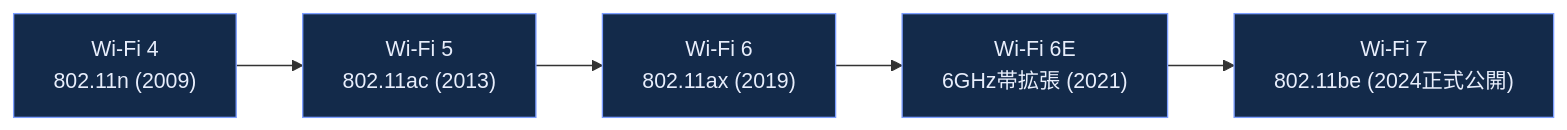
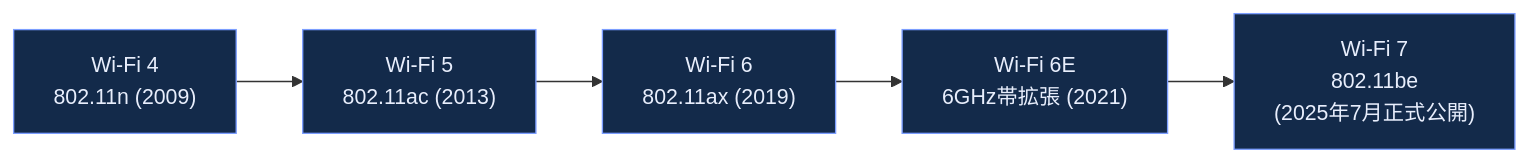
Diagram 32 of 41 in Computer-networking-topdown-guide.md (myoshi2891/Cloud-Infrastructure-Studies), drawn with Mermaid before and after one commit. The commit also changed other lines of this file, not shown here.

````diff
--- a/Computer-networking-topdown-guide.md
+++ b/Computer-networking-topdown-guide.md
@@ -866,10 +866,10 @@
 ```mermaid
 flowchart LR
     WIFI4["Wi-Fi 4<br/>802.11n (2009)"] --> WIFI5["Wi-Fi 5<br/>802.11ac (2013)"]
     WIFI5 --> WIFI6["Wi-Fi 6<br/>802.11ax (2019)"]
     WIFI6 --> WIFI6E["Wi-Fi 6E<br/>6GHz帯拡張 (2021)"]
-    WIFI6E --> WIFI7["Wi-Fi 7<br/>802.11be (2024正式公開)"]
+    WIFI6E --> WIFI7["Wi-Fi 7<br/>802.11be<br/>(2025年7月正式公開)"]
 
     classDef wifiFill fill:#132a4a,stroke:#7c9eff,color:#e8eefc
     class WIFI4,WIFI5,WIFI6,WIFI6E,WIFI7 wifiFill
 ```
````
